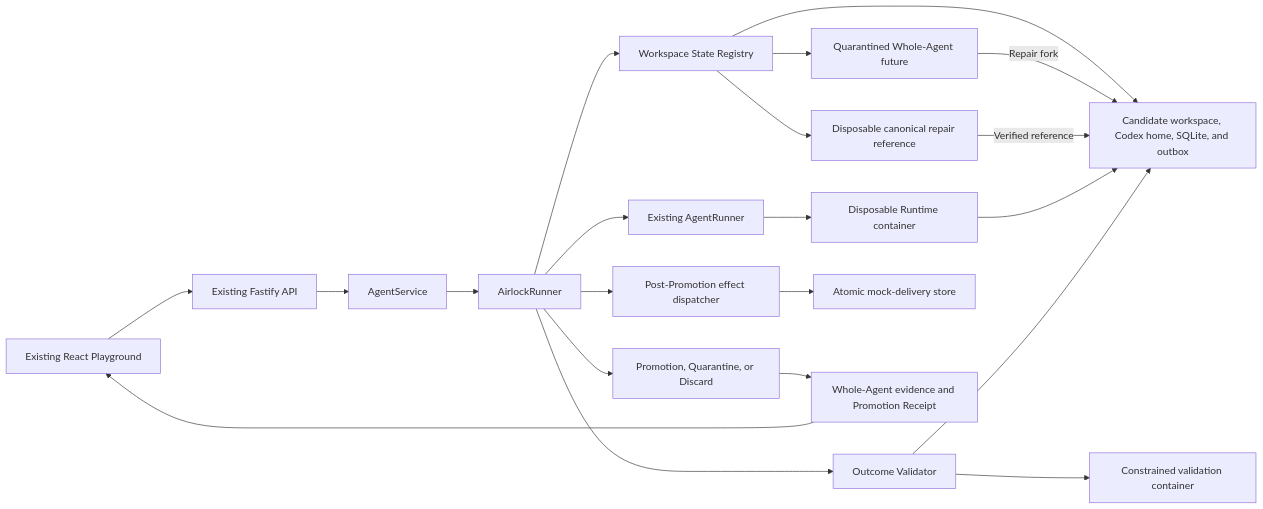
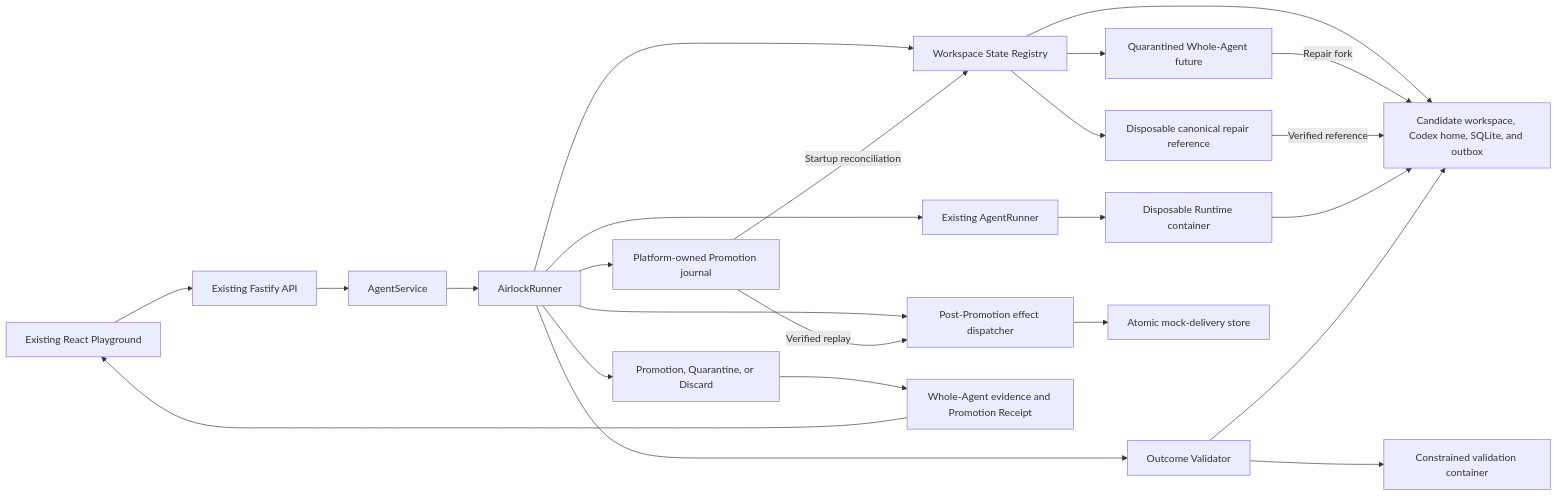
Before and after one commit to Kk120306/agent-airlock: the first of 2 diagrams in docs/architecture/agent-airlock.md, drawn with Mermaid. The commit also changed other lines of this file and 26 other files, not shown here.

````diff
--- a/docs/architecture/agent-airlock.md
+++ b/docs/architecture/agent-airlock.md
@@ -16,23 +16,26 @@
 ```mermaid
 flowchart LR
     UI["Existing React Playground"] --> API["Existing Fastify API"]
     API --> AS["AgentService"]
     AS --> AR["AirlockRunner"]
+    AR --> PJ["Platform-owned Promotion journal"]
     AR --> SR["Workspace State Registry"]
     SR --> CS["Candidate workspace, Codex home, SQLite, and outbox"]
     SR --> Q["Quarantined Whole-Agent future"]
     SR --> CR["Disposable canonical repair reference"]
     Q -->|Repair fork| CS
     CR -->|Verified reference| CS
     AR --> RR["Existing AgentRunner"]
     RR --> RC["Disposable Runtime container"]
     RC --> CS
     AR --> VE["Outcome Validator"]
     AR --> ED["Post-Promotion effect dispatcher"]
     ED --> MS["Atomic mock-delivery store"]
     VE --> VC["Constrained validation container"]
     VE --> CS
     AR --> PR["Promotion, Quarantine, or Discard"]
     PR --> ST["Whole-Agent evidence and Promotion Receipt"]
     ST --> UI
+    PJ -->|Startup reconciliation| SR
+    PJ -->|Verified replay| ED
 ```
````
